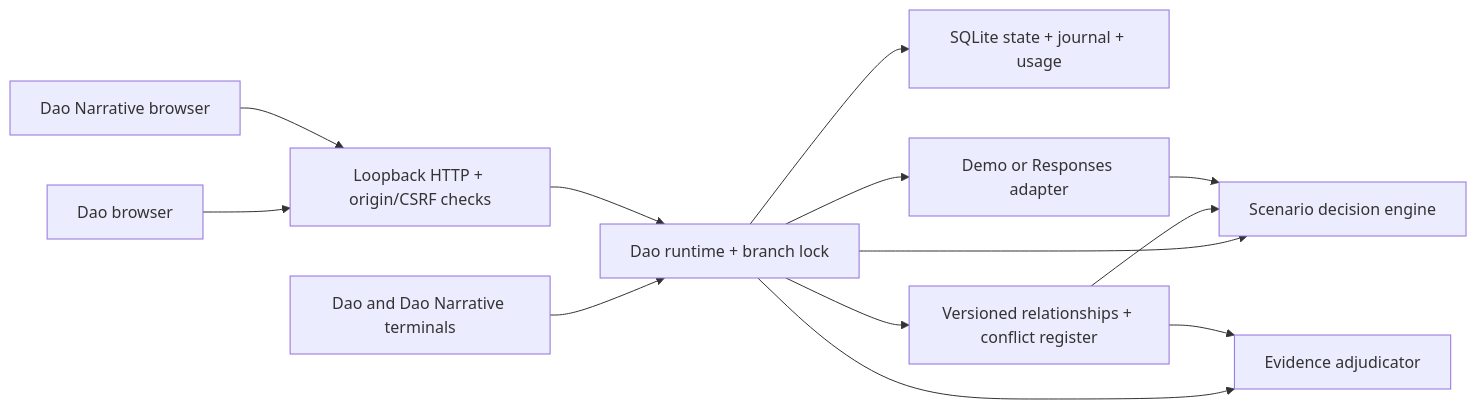
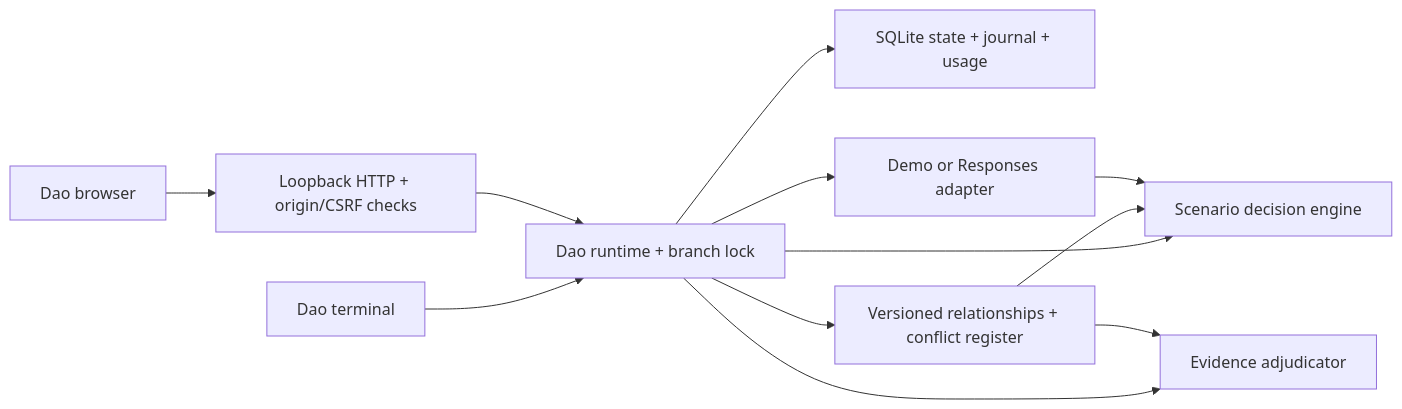
Before and after one commit to Virgo-3/Dao: the diagram in docs/architecture.md, drawn with Mermaid. The commit also changed other lines of this file and 24 other files, not shown here.

Commit message:
Remove Dao Narrative and keep Dao as the sole application

````diff
--- a/docs/architecture.md
+++ b/docs/architecture.md
@@ -7,15 +5,14 @@
 ```mermaid
 flowchart LR
     UI[Dao browser] --> HTTP[Loopback HTTP + origin/CSRF checks]
-    NarrativeUI[Dao Narrative browser] --> HTTP
-    Terminal[Dao and Dao Narrative terminals] --> Runtime
+    Terminal[Dao terminal] --> Runtime
     HTTP --> Runtime[Dao runtime + branch lock]
     Runtime --> Store[SQLite state + journal + usage]
     Runtime --> Decision[Scenario decision engine]
     Runtime --> Audit[Evidence adjudicator]
     Runtime --> Relationships[Versioned relationships + conflict register]
     Relationships --> Decision
     Relationships --> Audit
     Runtime --> Provider[Demo or Responses adapter]
     Provider --> Decision
 ```
````
